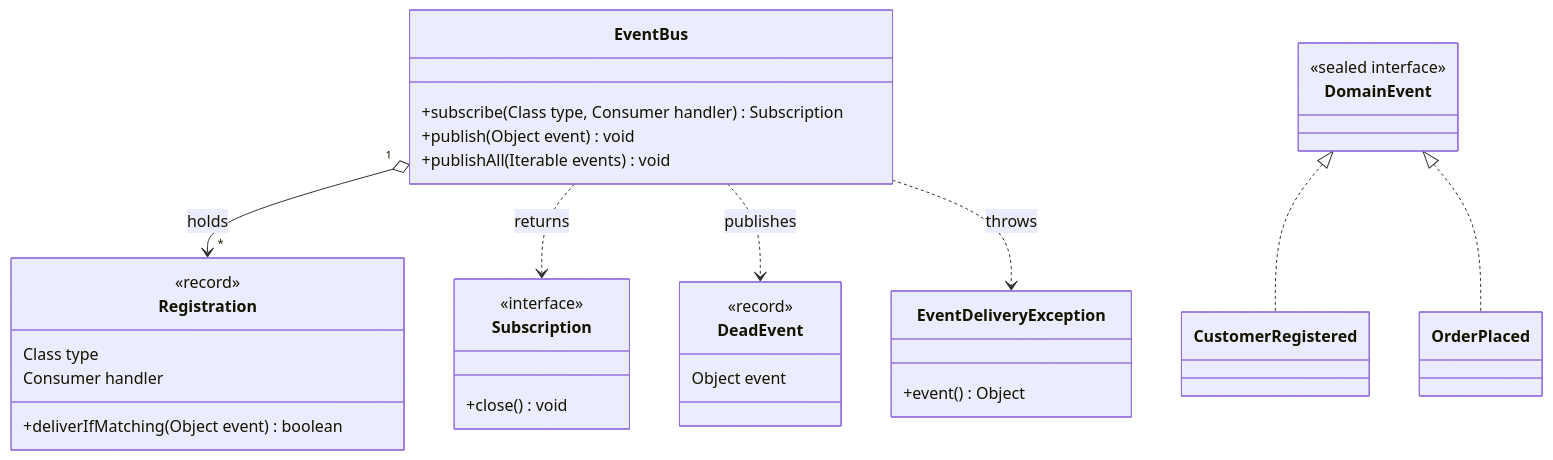
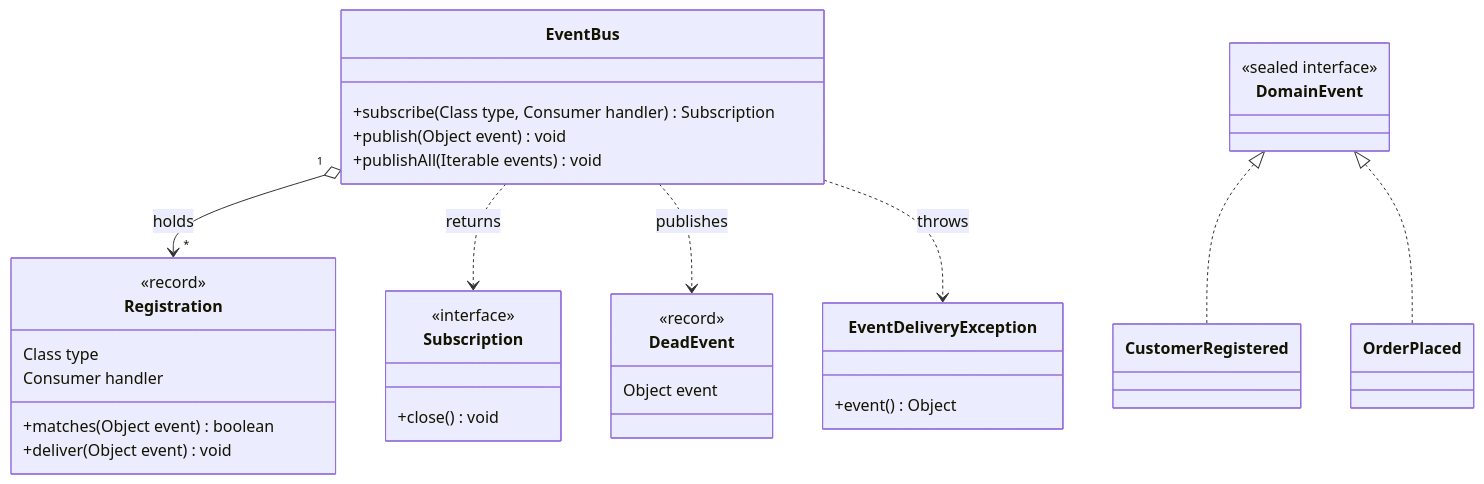
One commit to Chris013/java-practice changed the first of 4 diagrams in tasks/17-type-safe-event-bus.md. Above: the diagram before and after it, drawn with Mermaid. The commit also changed other lines of this file and 2 other files, not shown here.

````diff
--- a/tasks/17-type-safe-event-bus.md
+++ b/tasks/17-type-safe-event-bus.md
@@ -31,34 +31,35 @@
 ```mermaid
 classDiagram
     class EventBus {
         +subscribe(Class type, Consumer handler) Subscription
         +publish(Object event) void
         +publishAll(Iterable events) void
     }
     class Registration {
         <<record>>
         Class type
         Consumer handler
-        +deliverIfMatching(Object event) boolean
+        +matches(Object event) boolean
+        +deliver(Object event) void
     }
     class Subscription {
         <<interface>>
         +close() void
     }
     class DeadEvent {
         <<record>>
         Object event
     }
     class EventDeliveryException {
         +event() Object
     }
     class DomainEvent {
         <<sealed interface>>
     }
     EventBus "1" o--> "*" Registration : holds
     EventBus ..> Subscription : returns
     EventBus ..> DeadEvent : publishes
     EventBus ..> EventDeliveryException : throws
     DomainEvent <|.. CustomerRegistered
     DomainEvent <|.. OrderPlaced
 ```
````
